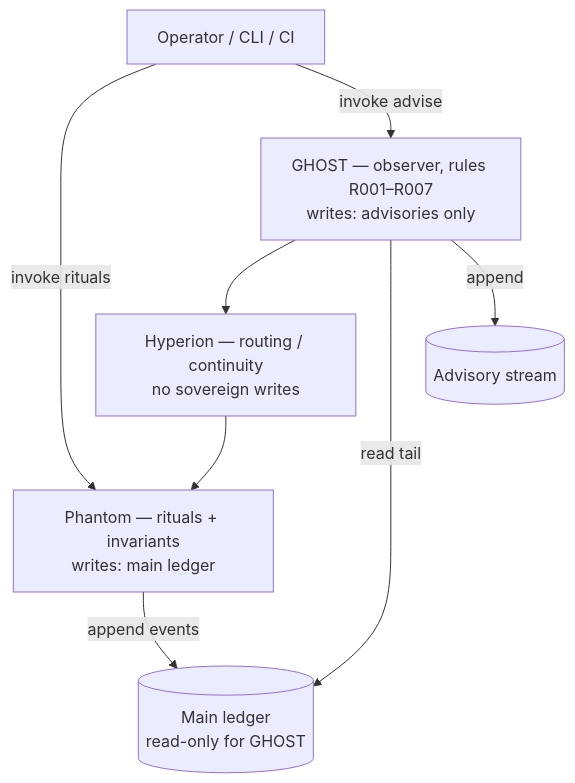
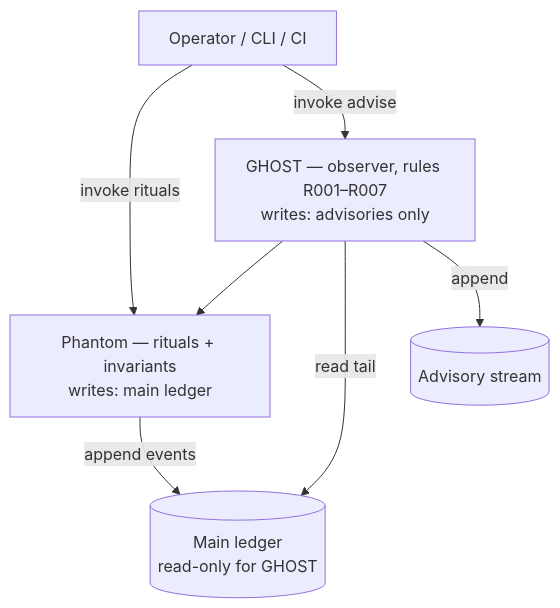
One commit to darknorthaco/DDFramework changed the third of 5 diagrams in docs/VISUAL_LAYERS.md. Above: the diagram before and after it, drawn with Mermaid. The commit also changed other lines of this file and 13 other files, not shown here.

````diff
--- a/docs/VISUAL_LAYERS.md
+++ b/docs/VISUAL_LAYERS.md
@@ -78,14 +75,12 @@
 ```mermaid
 flowchart TB
   GHOST["GHOST — observer, rules R001–R007\nwrites: advisories only"]
-  HYP["Hyperion — routing / continuity\nno sovereign writes"]
   PH["Phantom — rituals + invariants\nwrites: main ledger"]
   OP["Operator / CLI / CI"]
-  GHOST --> HYP
-  HYP --> PH
+  GHOST --> PH
   PH -->|"append events"| LEDGER[("Main ledger\nread-only for GHOST")]
   GHOST -->|"read tail"| LEDGER
   GHOST -->|"append"| ADV[("Advisory stream")]
   OP -->|"invoke rituals"| PH
   OP -->|"invoke advise"| GHOST
 ```
````
